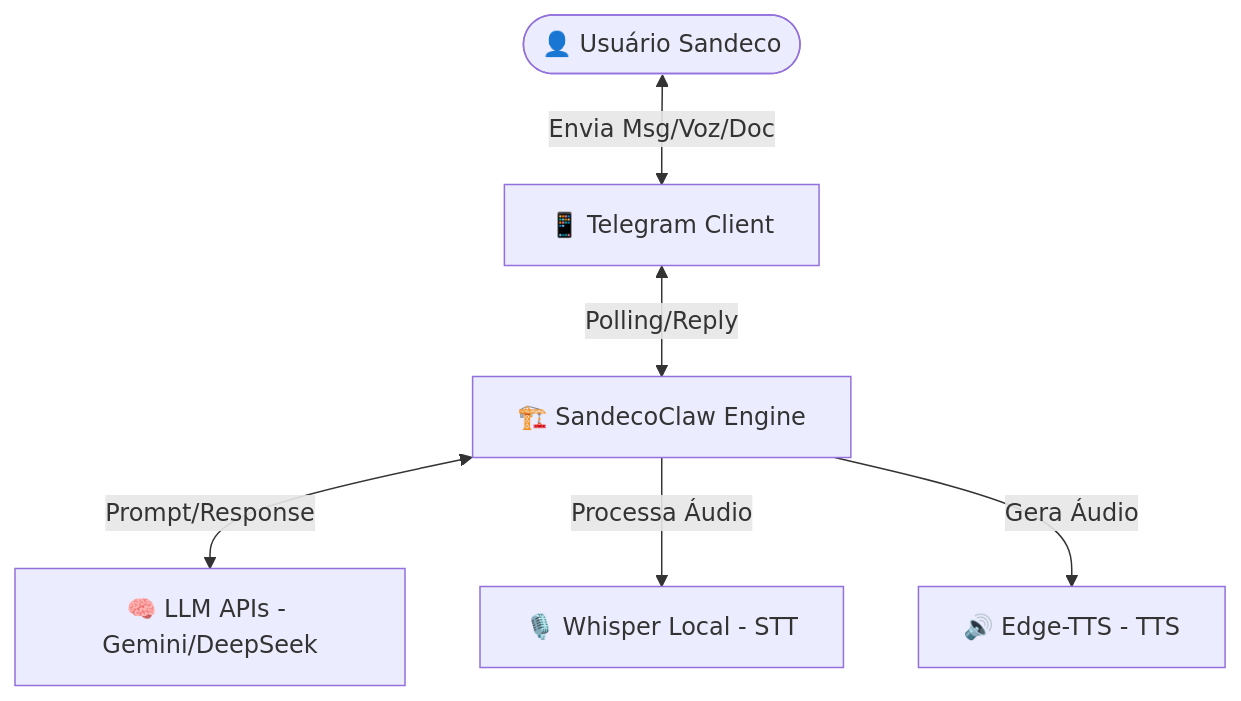
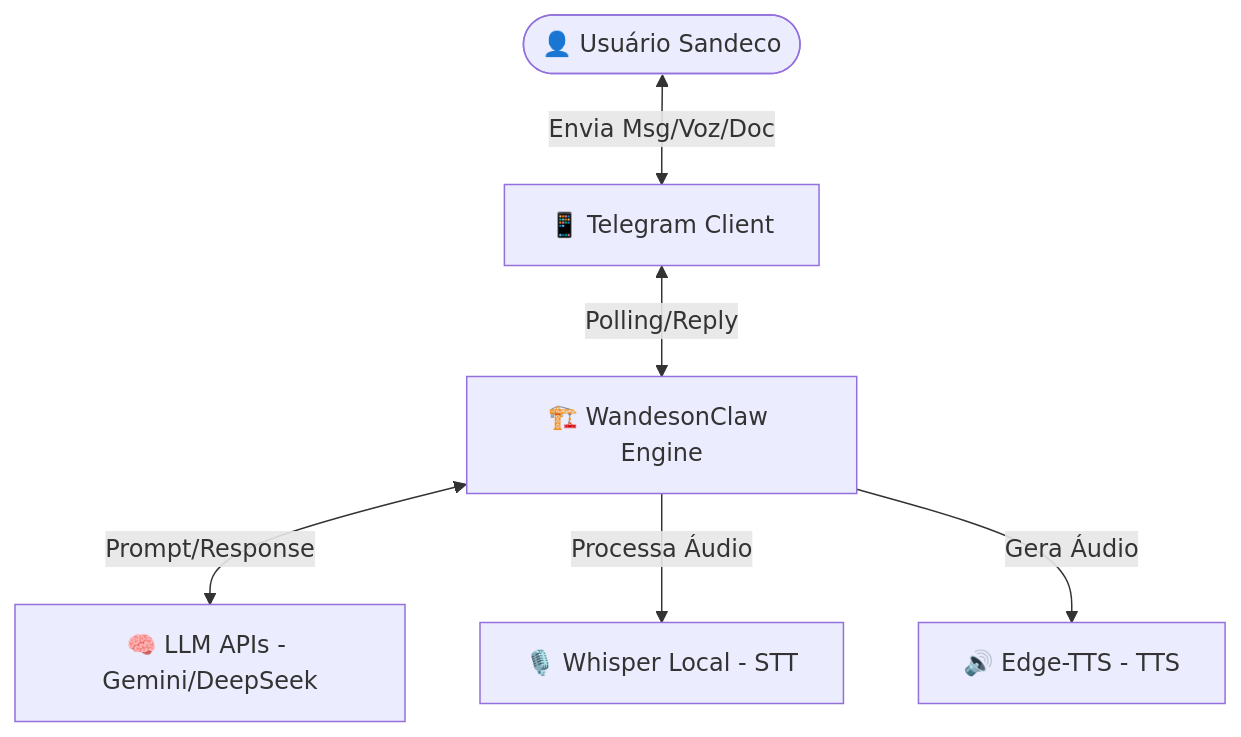
Before and after one commit to wandealves/wandeclaw: the first of 3 diagrams in specs/architecture.md, drawn with Mermaid. The commit also changed other lines of this file and 7 other files, not shown here.

````diff
--- a/specs/architecture.md
+++ b/specs/architecture.md
@@ -46,15 +46,15 @@
 ```mermaid
 graph TB
     User([👤 Usuário Sandeco])
     Telegram[📱 Telegram Client]
-    System[🏗️ SandecoClaw Engine]
+    System[🏗️ WandesonClaw Engine]
     LLM[🧠 LLM APIs - Gemini/DeepSeek]
     Whisper[🎙️ Whisper Local - STT]
     EdgeTTS[🔊 Edge-TTS - TTS]
 
     User <-->|Envia Msg/Voz/Doc| Telegram
     Telegram <-->|Polling/Reply| System
     System <-->|Prompt/Response| LLM
     System -->|Processa Áudio| Whisper
     System -->|Gera Áudio| EdgeTTS
 ```
````
